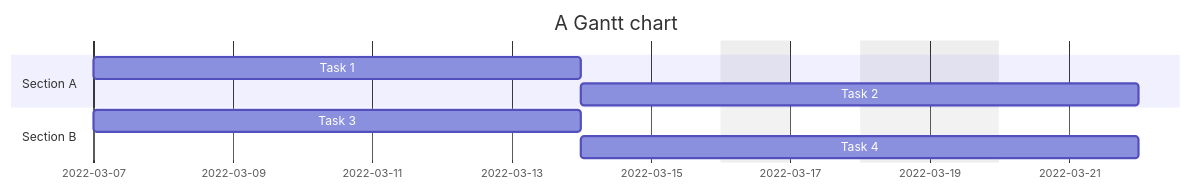
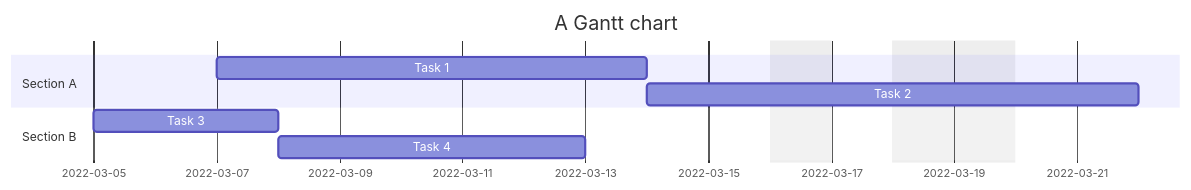
Before and after one commit to CousiGoico/Notes: the tenth of 19 diagrams in Azure Devops/MermaidDiagrams.md, drawn with Mermaid.

````diff
--- a/Azure Devops/MermaidDiagrams.md
+++ b/Azure Devops/MermaidDiagrams.md
@@ -93,14 +93,14 @@
 ``` mermaid
 gantt
     title A Gantt chart
     dateFormat YYYY-MM-DD
     excludes 2022-03-16,2022-03-18,2022-03-19
     section Section A
 
     Task 1          :t1, 2022-03-07, 7d
     Task 2          :after t1 , 5d
     section Section B
 
-    Task 3          :t2, 2022-03-07, 7d
-    Task 4          :after t2 , 5d
+    Task 3          :t2, 2022-03-05, 3d
+    Task 4          :t3, 2022-03-08, 5d
 ```
````
